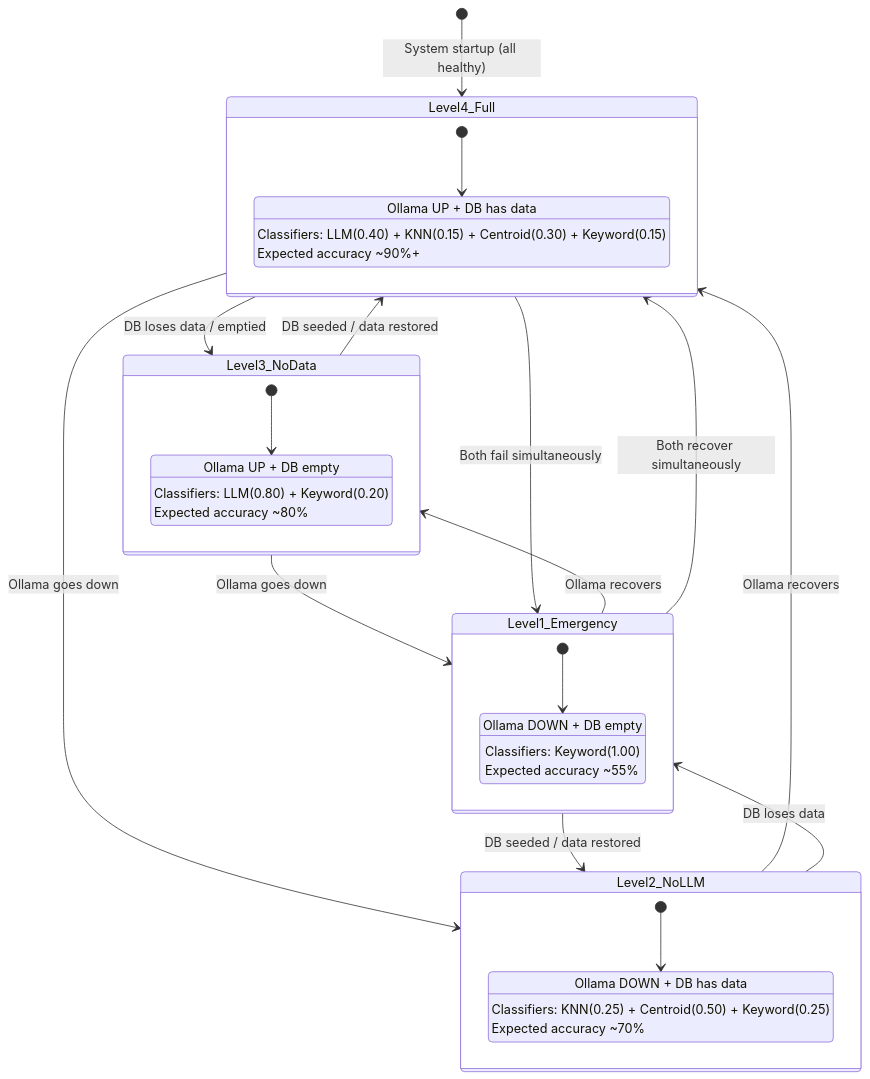
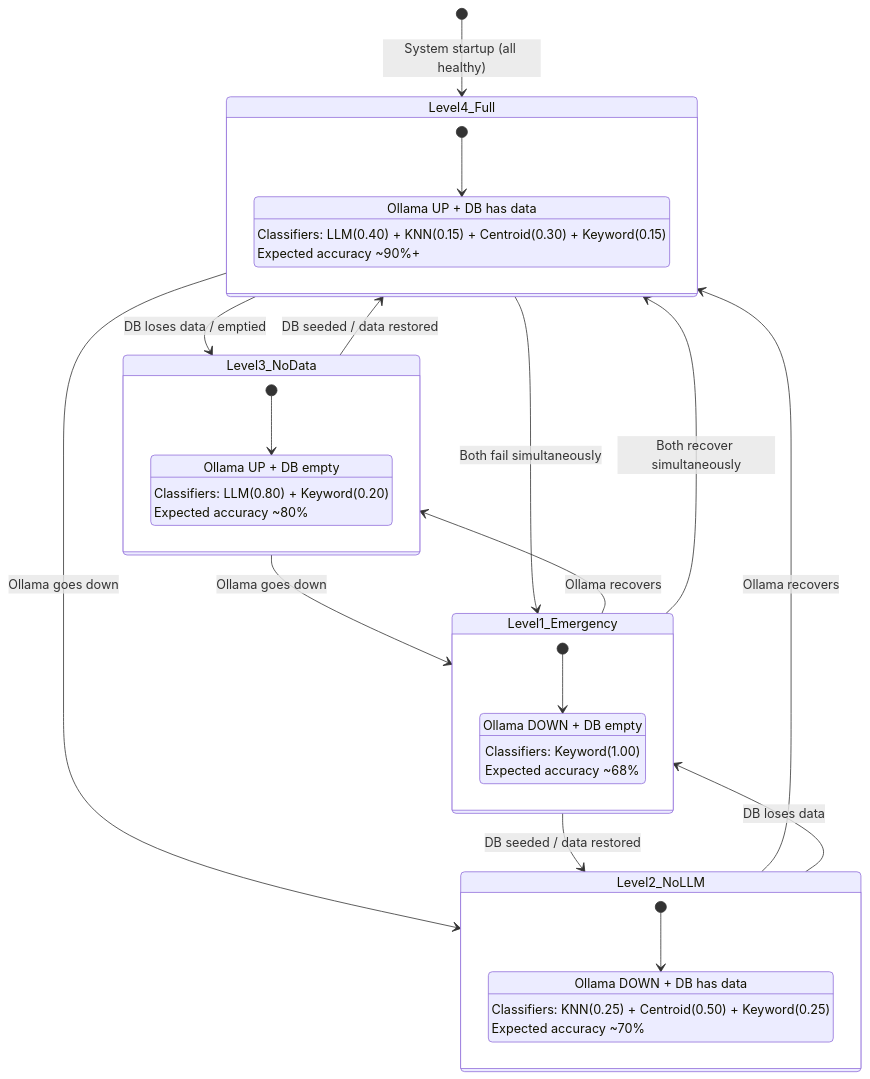
Before and after one commit to arif-asadullah/AI-Ticket-Routing: the second of 3 diagrams in docs/nasscom-r2/07-state-transition-diagram.md, drawn with Mermaid. The commit also changed other lines of this file and 24 other files, not shown here.

````diff
--- a/docs/nasscom-r2/07-state-transition-diagram.md
+++ b/docs/nasscom-r2/07-state-transition-diagram.md
@@ -112,47 +112,47 @@
 ```mermaid
 stateDiagram-v2
     [*] --> Level4_Full : System startup (all healthy)
 
     state Level4_Full {
         [*] --> AllUp
         AllUp : Ollama UP + DB has data
         AllUp : Classifiers: LLM(0.40) + KNN(0.15) + Centroid(0.30) + Keyword(0.15)
         AllUp : Expected accuracy ~90%+
     }
 
     state Level3_NoData {
         [*] --> OllamaOnly
         OllamaOnly : Ollama UP + DB empty
         OllamaOnly : Classifiers: LLM(0.80) + Keyword(0.20)
         OllamaOnly : Expected accuracy ~80%
     }
 
     state Level2_NoLLM {
         [*] --> DataOnly
         DataOnly : Ollama DOWN + DB has data
         DataOnly : Classifiers: KNN(0.25) + Centroid(0.50) + Keyword(0.25)
         DataOnly : Expected accuracy ~70%
     }
 
     state Level1_Emergency {
         [*] --> KeywordOnly
         KeywordOnly : Ollama DOWN + DB empty
         KeywordOnly : Classifiers: Keyword(1.00)
-        KeywordOnly : Expected accuracy ~55%
+        KeywordOnly : Expected accuracy ~68%
     }
 
     Level4_Full --> Level3_NoData : DB loses data / emptied
     Level3_NoData --> Level4_Full : DB seeded / data restored
 
     Level4_Full --> Level2_NoLLM : Ollama goes down
     Level2_NoLLM --> Level4_Full : Ollama recovers
 
     Level3_NoData --> Level1_Emergency : Ollama goes down
     Level1_Emergency --> Level3_NoData : Ollama recovers
 
     Level2_NoLLM --> Level1_Emergency : DB loses data
     Level1_Emergency --> Level2_NoLLM : DB seeded / data restored
 
     Level4_Full --> Level1_Emergency : Both fail simultaneously
     Level1_Emergency --> Level4_Full : Both recover simultaneously
 ```
````
